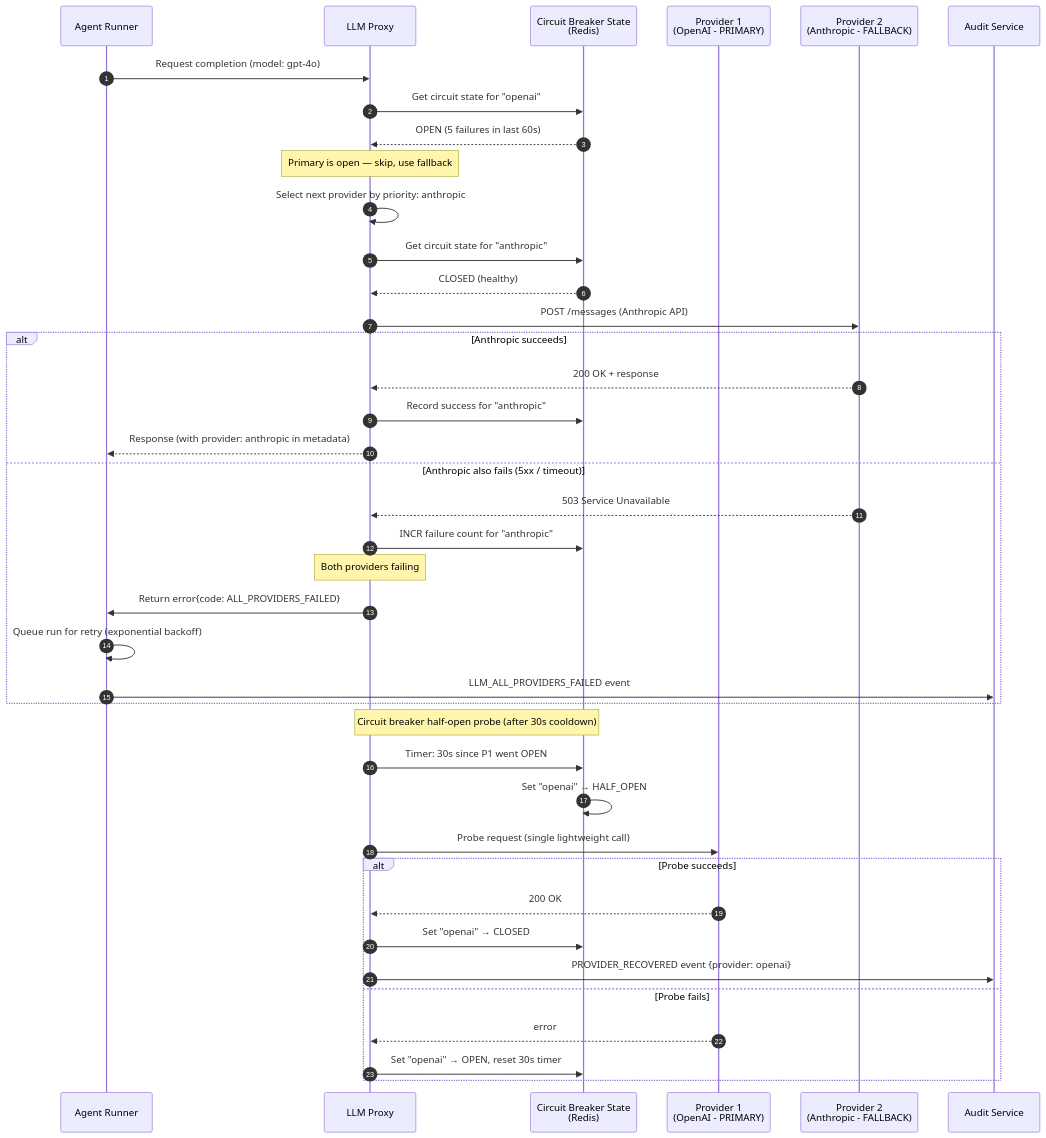
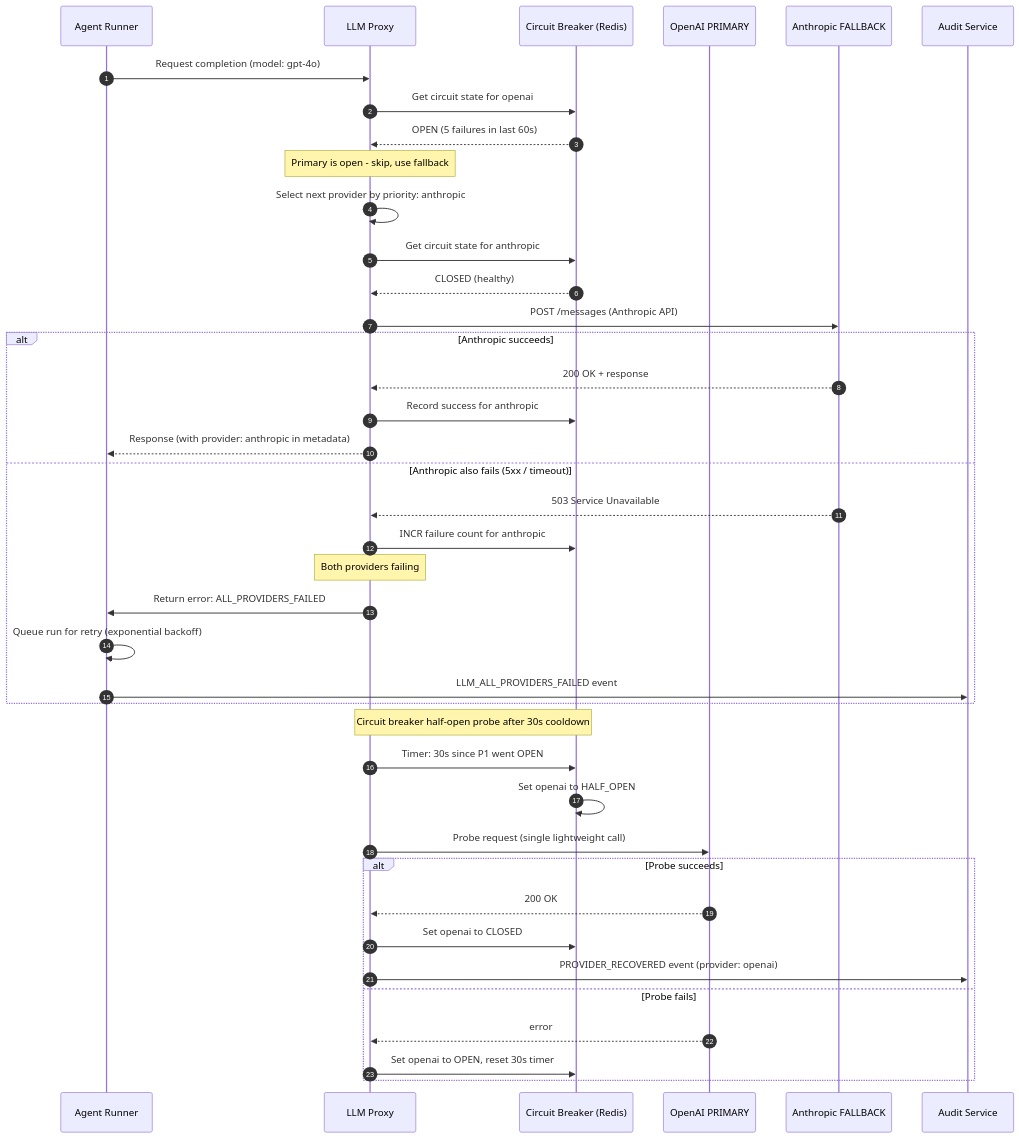
The sixth of 18 diagrams in SEQUENCE_DIAGRAMS.md (GVijay456/Test), drawn with Mermaid before and after one commit. The commit also changed other lines of this file and 1 other file, not shown here.

First line of the commit message:
Fix Mermaid sequence diagram rendering issues

````diff
--- a/SEQUENCE_DIAGRAMS.md
+++ b/SEQUENCE_DIAGRAMS.md
@@ -347,49 +347,49 @@
 ```mermaid
 sequenceDiagram
     autonumber
     participant AR as Agent Runner
     participant LP as LLM Proxy
-    participant CB as Circuit Breaker State<br/>(Redis)
-    participant P1 as Provider 1<br/>(OpenAI - PRIMARY)
-    participant P2 as Provider 2<br/>(Anthropic - FALLBACK)
+    participant CB as Circuit Breaker (Redis)
+    participant P1 as OpenAI PRIMARY
+    participant P2 as Anthropic FALLBACK
     participant AU as Audit Service
 
     AR->>LP: Request completion (model: gpt-4o)
-    LP->>CB: Get circuit state for "openai"
+    LP->>CB: Get circuit state for openai
     CB-->>LP: OPEN (5 failures in last 60s)
 
-    Note over LP: Primary is open — skip, use fallback
+    Note over LP: Primary is open - skip, use fallback
     LP->>LP: Select next provider by priority: anthropic
 
-    LP->>CB: Get circuit state for "anthropic"
+    LP->>CB: Get circuit state for anthropic
     CB-->>LP: CLOSED (healthy)
 
     LP->>P2: POST /messages (Anthropic API)
 
     alt Anthropic succeeds
         P2-->>LP: 200 OK + response
-        LP->>CB: Record success for "anthropic"
+        LP->>CB: Record success for anthropic
         LP-->>AR: Response (with provider: anthropic in metadata)
     else Anthropic also fails (5xx / timeout)
         P2-->>LP: 503 Service Unavailable
-        LP->>CB: INCR failure count for "anthropic"
+        LP->>CB: INCR failure count for anthropic
 
         Note over LP: Both providers failing
-        LP->>AR: Return error{code: ALL_PROVIDERS_FAILED}
+        LP->>AR: Return error: ALL_PROVIDERS_FAILED
         AR->>AR: Queue run for retry (exponential backoff)
         AR->>AU: LLM_ALL_PROVIDERS_FAILED event
     end
 
-    Note over LP,CB: Circuit breaker half-open probe (after 30s cooldown)
+    Note over LP,CB: Circuit breaker half-open probe after 30s cooldown
     LP->>CB: Timer: 30s since P1 went OPEN
-    CB->>CB: Set "openai" → HALF_OPEN
+    CB->>CB: Set openai to HALF_OPEN
     LP->>P1: Probe request (single lightweight call)
     alt Probe succeeds
         P1-->>LP: 200 OK
-        LP->>CB: Set "openai" → CLOSED
-        LP->>AU: PROVIDER_RECOVERED event {provider: openai}
+        LP->>CB: Set openai to CLOSED
+        LP->>AU: PROVIDER_RECOVERED event (provider: openai)
     else Probe fails
         P1-->>LP: error
-        LP->>CB: Set "openai" → OPEN, reset 30s timer
+        LP->>CB: Set openai to OPEN, reset 30s timer
     end
 ```
````
